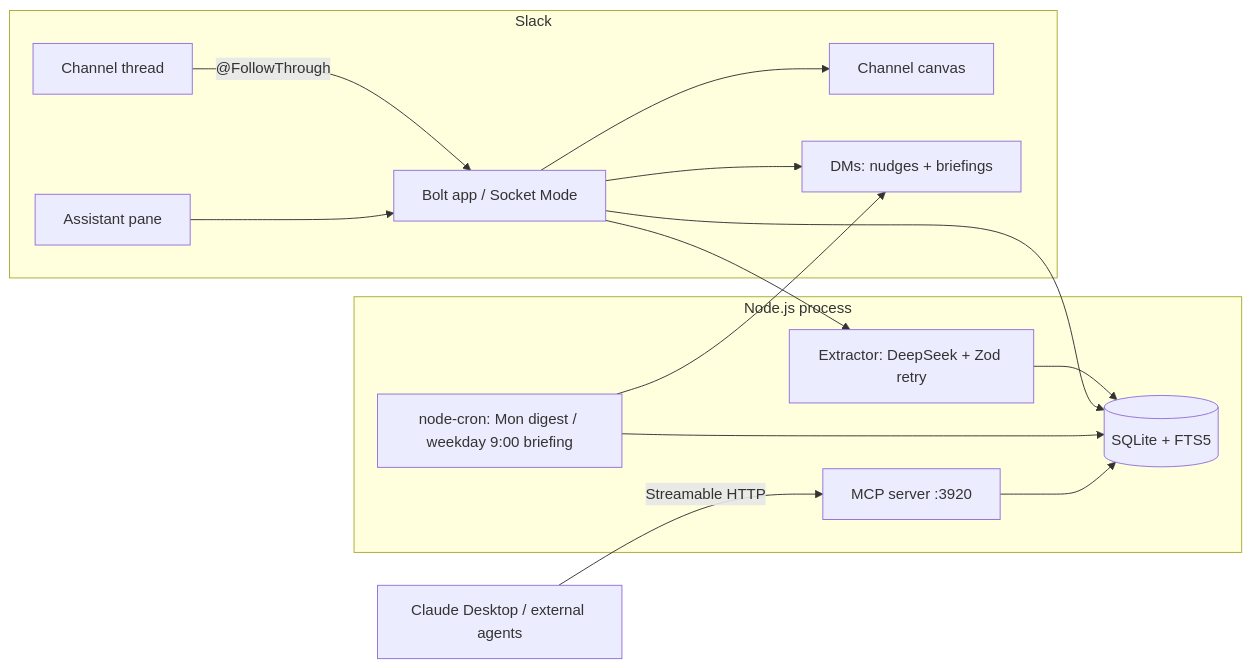
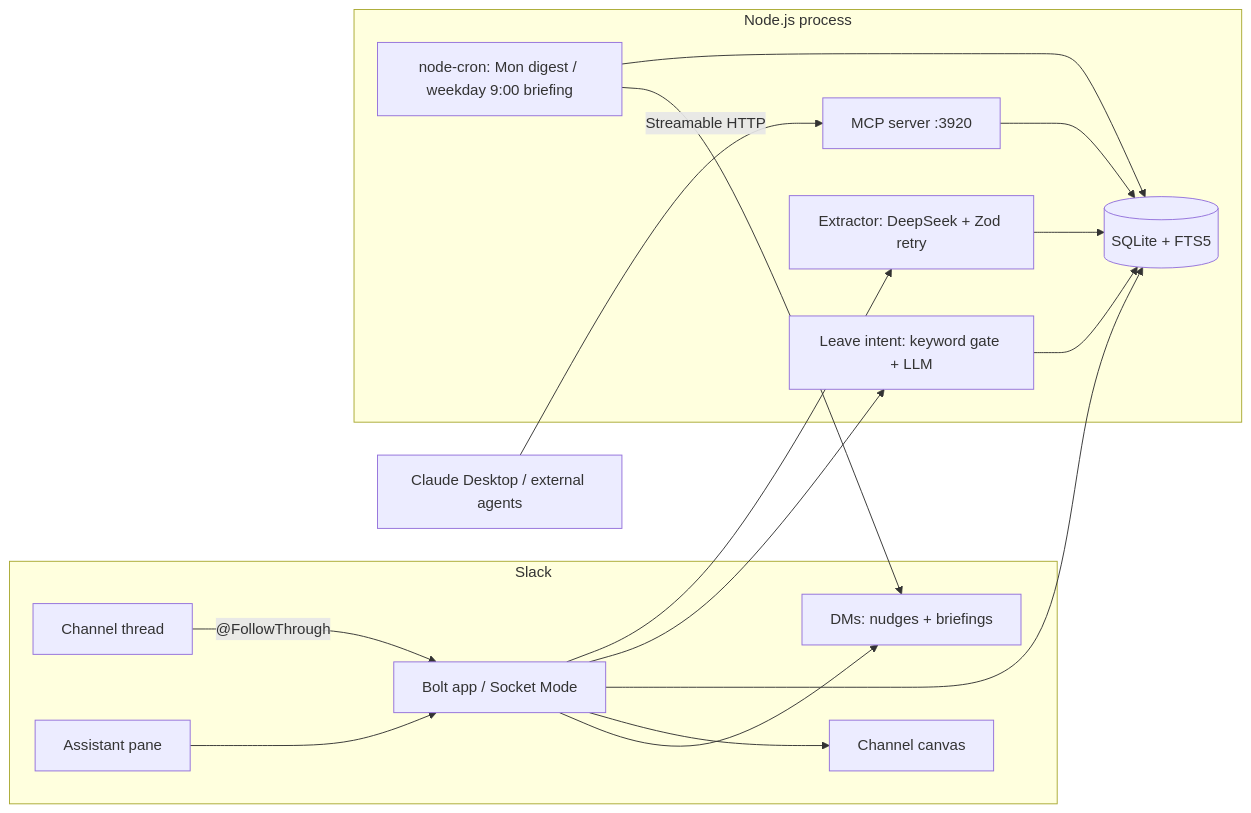
One commit to rahulauto7/slackagent changed the diagram in docs/architecture.md. Above: the diagram before and after it, drawn with Mermaid. The commit also changed other lines of this file and 2 other files, not shown here.

Commit message:
docs: leave management in README, architecture, and demo script

````diff
--- a/docs/architecture.md
+++ b/docs/architecture.md
@@ -7,20 +7,22 @@
 ```mermaid
 flowchart LR
   subgraph Slack
     TH[Channel thread] -->|"@FollowThrough"| APP
     AS[Assistant pane] --> APP
     CV[Channel canvas]
     DM[DMs: nudges + briefings]
   end
   subgraph "Node.js process"
     APP[Bolt app / Socket Mode] --> EX[Extractor: DeepSeek + Zod retry]
+    APP --> LV[Leave intent: keyword gate + LLM]
     EX --> DB[(SQLite + FTS5)]
+    LV --> DB
     APP --> DB
     CRON[node-cron: Mon digest / weekday 9:00 briefing] --> DB
     MCP[MCP server :3920] --> DB
   end
   APP --> CV
   APP --> DM
   CRON --> DM
   CLD[Claude Desktop / external agents] -->|Streamable HTTP| MCP
 ```
````
